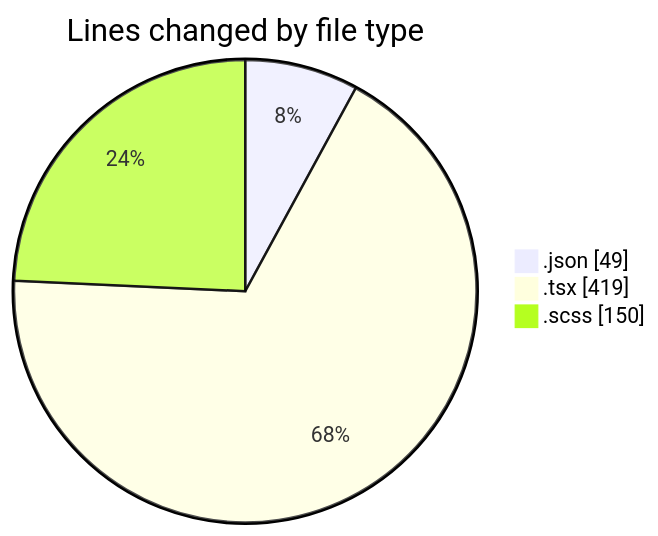
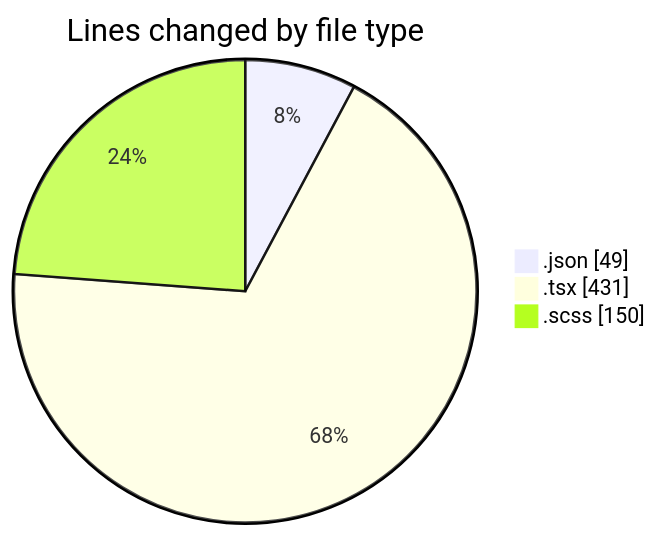
The first of 2 diagrams in 2025-08-20/cda/README.md (momahboobian/code-tracking), drawn with Mermaid before and after one commit. The commit also changed other lines of this file and 1 other file, not shown here.

````diff
--- a/2025-08-20/cda/README.md
+++ b/2025-08-20/cda/README.md
@@ -23,7 +23,7 @@
 ```mermaid
 pie showData
 title Lines changed by file type
 ".json" : 49
-".tsx" : 419
+".tsx" : 431
 ".scss" : 150
 ```
````
